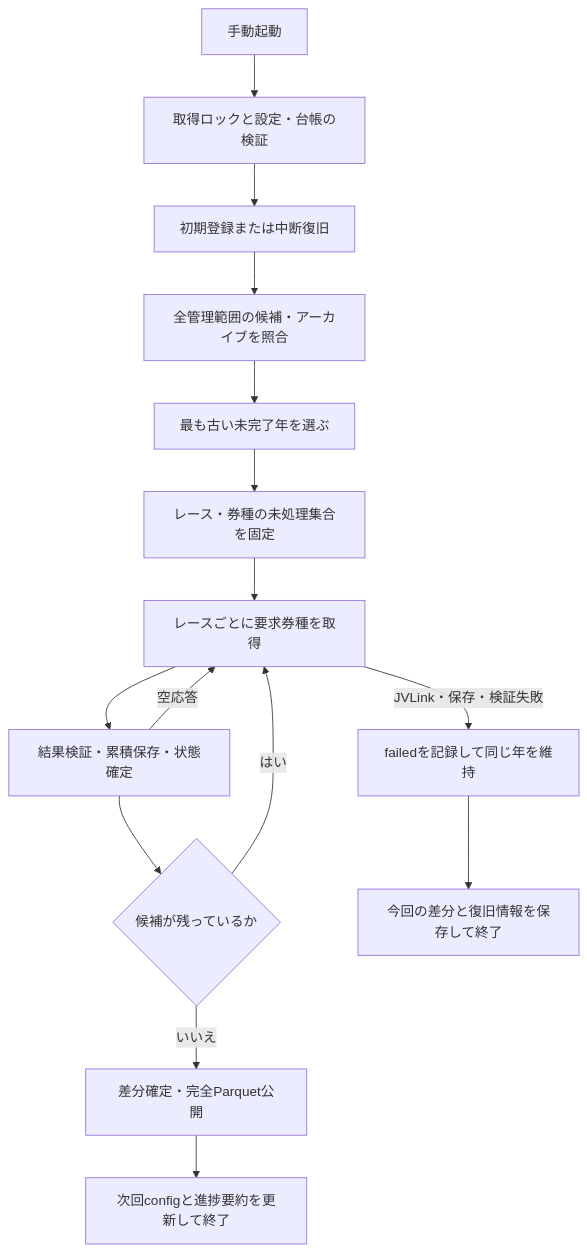
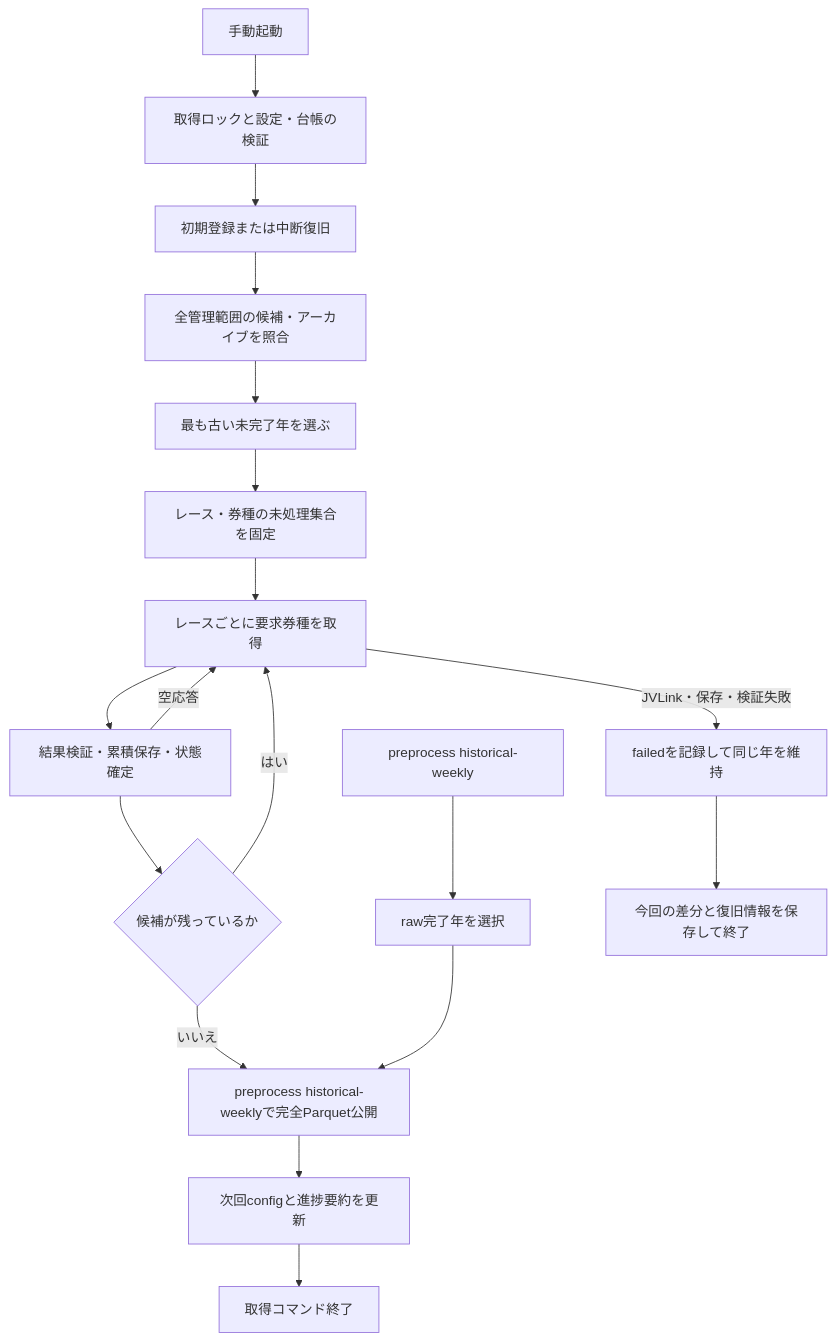
Before and after one commit to Tom0llow/keiba-ai: the diagram in docs/jra-van-acquisition-design.md, drawn with Mermaid. The commit also changed other lines of this file and 13 other files, not shown here.

````diff
--- a/docs/jra-van-acquisition-design.md
+++ b/docs/jra-van-acquisition-design.md
@@ -201,17 +204,20 @@
 ```mermaid
 flowchart TD
     A[手動起動] --> B[取得ロックと設定・台帳の検証]
     B --> C[初期登録または中断復旧]
     C --> R[全管理範囲の候補・アーカイブを照合]
     R --> D[最も古い未完了年を選ぶ]
     D --> E[レース・券種の未処理集合を固定]
     E --> F[レースごとに要求券種を取得]
     F --> G[結果検証・累積保存・状態確定]
     G --> H{候補が残っているか}
     H -->|はい| F
-    H -->|いいえ| I[差分確定・完全Parquet公開]
-    I --> J[次回configと進捗要約を更新して終了]
+    H -->|いいえ| I[preprocess historical-weeklyで完全Parquet公開]
+    I --> J[次回configと進捗要約を更新]
+    J --> O[取得コマンド終了]
+    P[preprocess historical-weekly] --> Q[raw完了年を選択]
+    Q --> I
     G -->|空応答| F
     F -->|JVLink・保存・検証失敗| K[failedを記録して同じ年を維持]
     K --> L[今回の差分と復旧情報を保存して終了]
 ```
````
